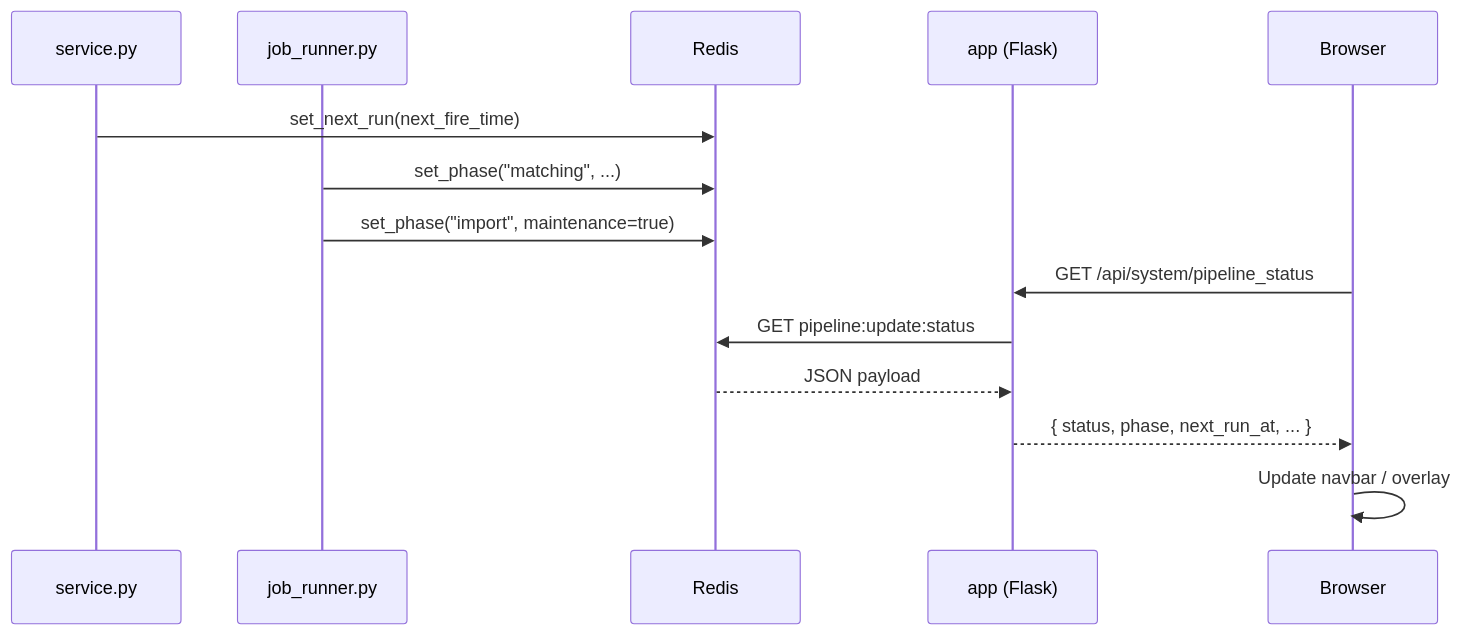
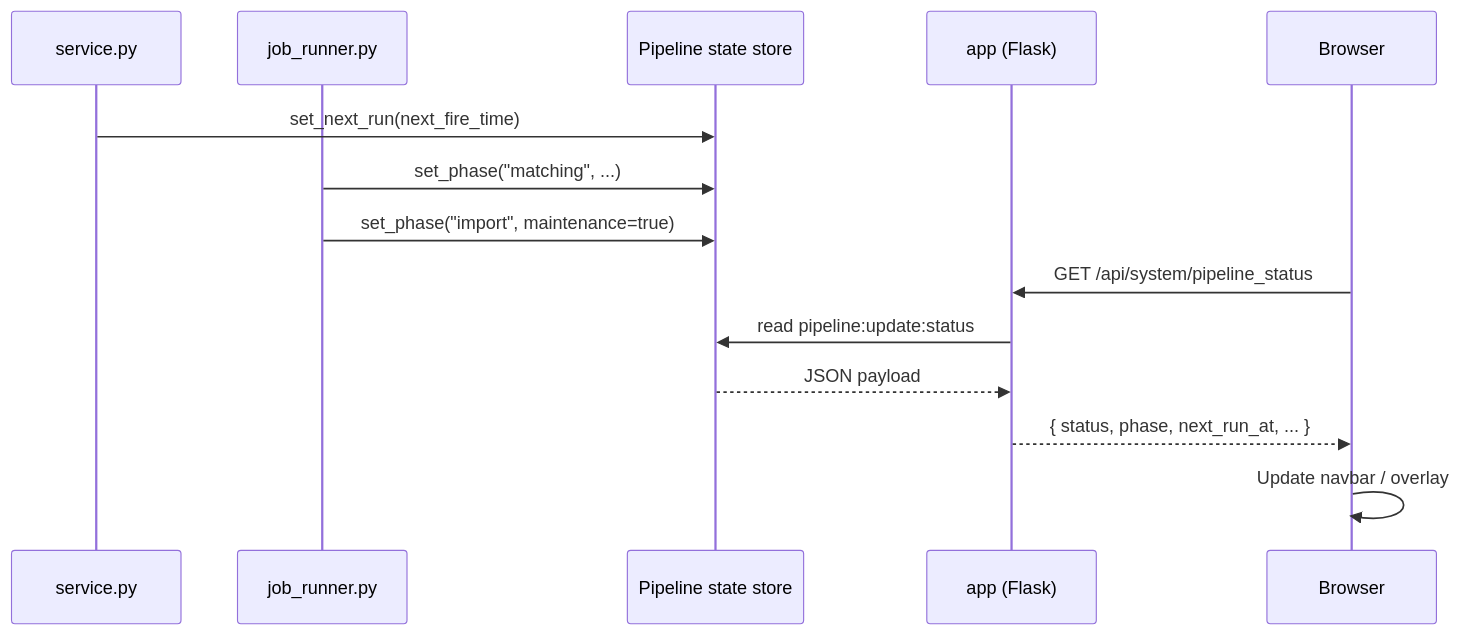
Before and after one commit to openTdataCH/stop_sync_osm_atlas: the fifth of 5 diagrams in documentation/6.3 Background Scheduler.md, drawn with Mermaid. The commit also changed other lines of this file and 20 other files, not shown here.

````diff
--- a/documentation/6.3 Background Scheduler.md
+++ b/documentation/6.3 Background Scheduler.md
@@ -159,17 +166,17 @@
 ```mermaid
 sequenceDiagram
     participant Service as service.py
     participant Runner as job_runner.py
-    participant Redis
+    participant Store as Pipeline state store
     participant Flask as app (Flask)
     participant Browser
 
-    Service->>Redis: set_next_run(next_fire_time)
-    Runner->>Redis: set_phase("matching", ...)
-    Runner->>Redis: set_phase("import", maintenance=true)
+    Service->>Store: set_next_run(next_fire_time)
+    Runner->>Store: set_phase("matching", ...)
+    Runner->>Store: set_phase("import", maintenance=true)
     Browser->>Flask: GET /api/system/pipeline_status
-    Flask->>Redis: GET pipeline:update:status
-    Redis-->>Flask: JSON payload
+    Flask->>Store: read pipeline:update:status
+    Store-->>Flask: JSON payload
     Flask-->>Browser: { status, phase, next_run_at, ... }
     Browser->>Browser: Update navbar / overlay
 ```
````
